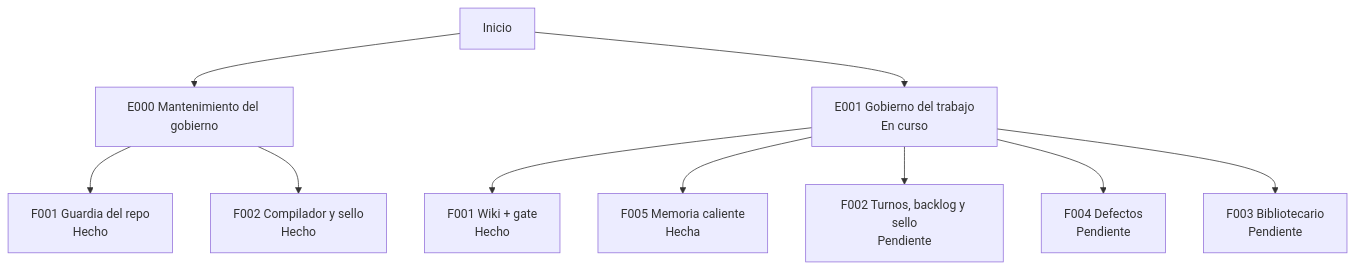
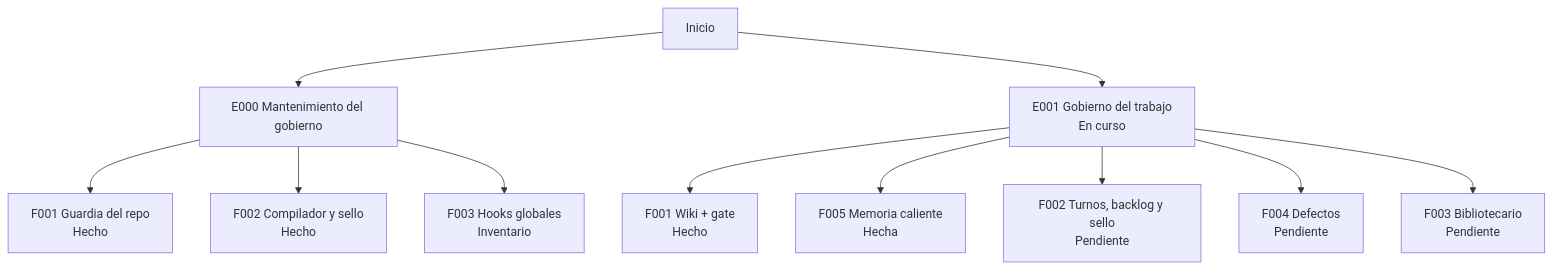
Before and after one commit to jliberal-aquas/aquas-central-harness-government: the second of 2 diagrams in docs/README.md, drawn with Mermaid. The commit also changed other lines of this file and 1 other file, not shown here.

First line of the commit message:
Backlog: inventario de hooks globales y decisión del bibliotecario

````diff
--- a/docs/README.md
+++ b/docs/README.md
@@ -103,12 +103,13 @@
 ```mermaid
 flowchart TD
     R["Inicio"] --> E0["E000 Mantenimiento del gobierno"]
     R --> E1["E001 Gobierno del trabajo<br/>En curso"]
     E0 --> E0F1["F001 Guardia del repo<br/>Hecho"]
     E0 --> E0F2["F002 Compilador y sello<br/>Hecho"]
+    E0 --> E0F3["F003 Hooks globales<br/>Inventario"]
     E1 --> E1F1["F001 Wiki + gate<br/>Hecho"]
     E1 --> E1F5["F005 Memoria caliente<br/>Hecha"]
     E1 --> E1F2["F002 Turnos, backlog y sello<br/>Pendiente"]
     E1 --> E1F4["F004 Defectos<br/>Pendiente"]
     E1 --> E1F3["F003 Bibliotecario<br/>Pendiente"]
 ```
````
